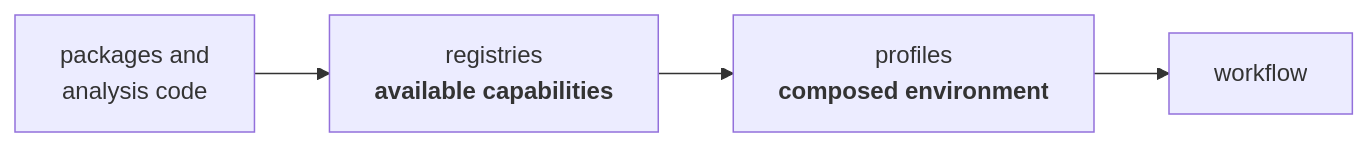
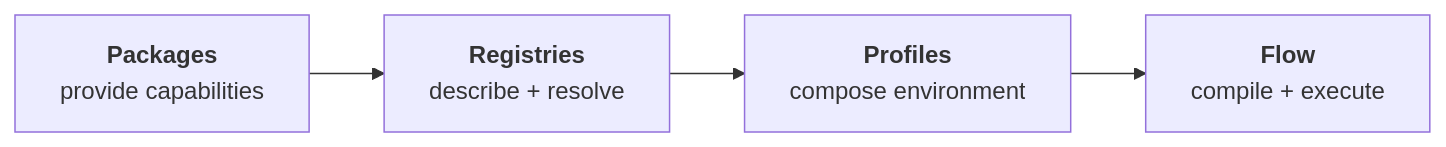
Before and after one commit to FAST-HEP/fast-hep.github.io: the first of 4 diagrams in content/concepts/profiles-and-registries.md, drawn with Mermaid. The commit also changed other lines of this file and 6 other files, not shown here.

````diff
--- a/content/concepts/profiles-and-registries.md
+++ b/content/concepts/profiles-and-registries.md
@@ -13,11 +15,9 @@
 ```mermaid
 flowchart LR
-    Packages["packages and<br/>analysis code"]
-    Registry["registries<br/><b>available capabilities</b>"]
-    Profile["profiles<br/><b>composed environment</b>"]
-    Workflow["workflow"]
+    Packages["<b>Packages</b><br/>provide capabilities"]:::capability
+    Registry["<b>Registries</b><br/>describe + resolve"]:::flow
+    Profile["<b>Profiles</b><br/>compose environment"]:::input
+    Flow["<b>Flow</b><br/>compile + execute"]:::runtime
 
-    Packages --> Registry
-    Registry --> Profile
-    Profile --> Workflow
+    Packages --> Registry --> Profile --> Flow
 ```
````
